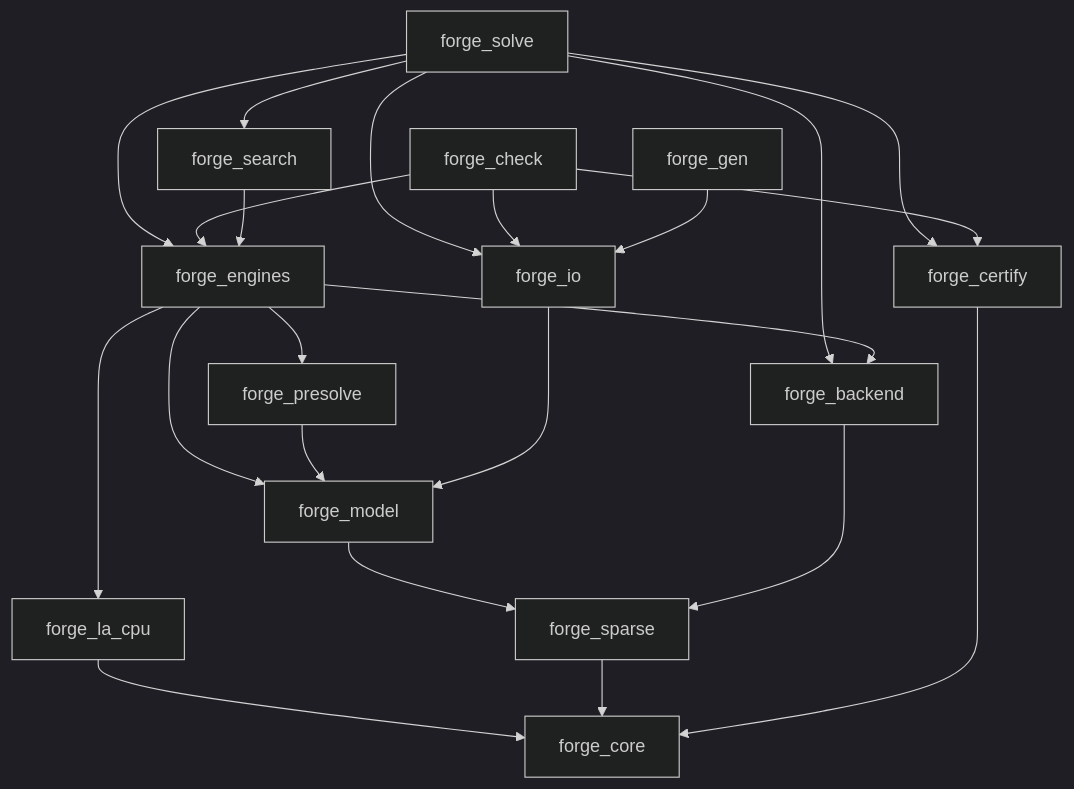
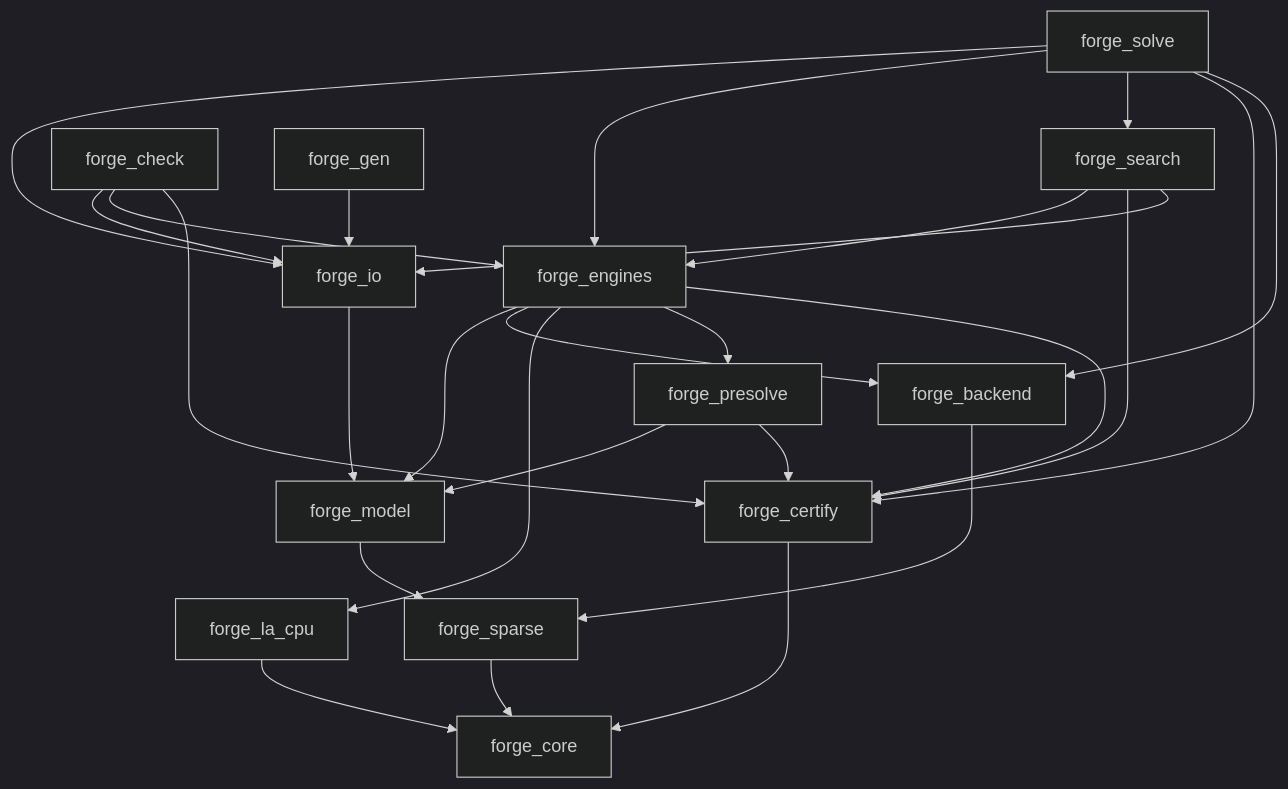
One commit to YashSuthar983/Forge changed the first of 5 diagrams in docs/architecture.md. Above: the diagram before and after it, drawn with Mermaid (dark theme). The commit also changed other lines of this file and 26 other files, not shown here.

````diff
--- a/docs/architecture.md
+++ b/docs/architecture.md
@@ -74,16 +74,16 @@
 ```mermaid
 flowchart TB
   solve[forge_solve] --> io & eng & search & cert & be
   check[forge_check] --> io & eng & cert
   gen[forge_gen] --> io
-  search[forge_search] --> eng
-  eng[forge_engines] --> model & be & la & pre
-  pre[forge_presolve] --> model
+  search[forge_search] --> eng & cert & io
+  eng[forge_engines] --> model & be & la & pre & cert
+  pre[forge_presolve] --> model & cert
   io[forge_io] --> model
   model[forge_model] --> sp
   be[forge_backend] --> sp
   la[forge_la_cpu] --> core
   sp[forge_sparse] --> core
   cert[forge_certify] --> core
   core[forge_core]
 ```
````
